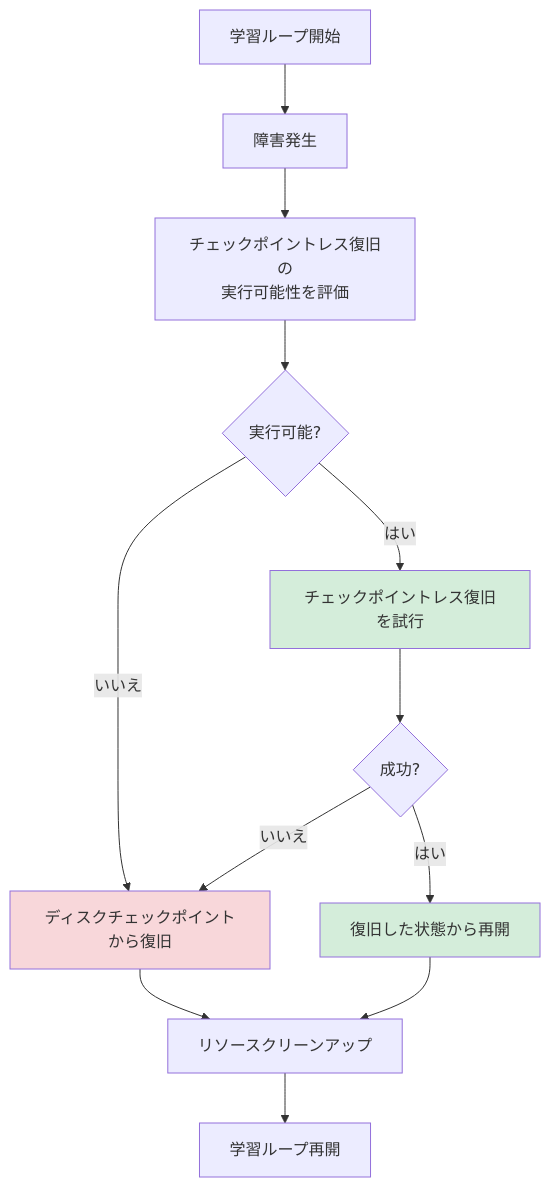
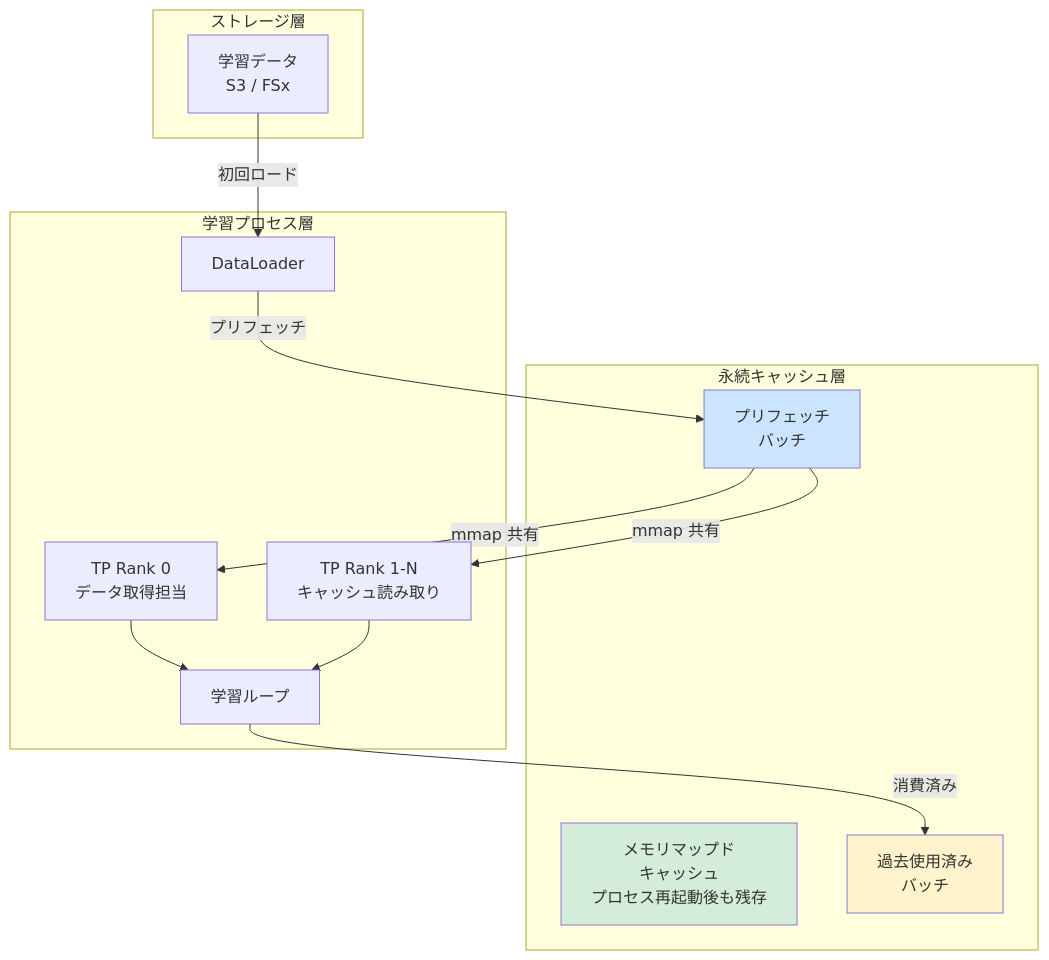
Before and after one commit to littlemex/zenn: the third of 16 diagrams in articles/45a746434b2090.md, drawn with Mermaid. The commit also changed other lines of this file, not shown here.

````diff
--- a/articles/45a746434b2090.md
+++ b/articles/45a746434b2090.md
@@ -387,23 +225,31 @@
 ```mermaid
-graph TD
-    Start[学習ループ開始] --> Fault[障害発生]
-    Fault --> Evaluate[チェックポイントレス復旧の<br/>実行可能性を評価]
+graph TB
+    subgraph "ストレージ層"
+        S3[学習データ<br/>S3 / FSx]
+    end
 
-    Evaluate --> CheckFeasible{実行可能?}
+    subgraph "永続キャッシュ層"
+        Cache[メモリマップド<br/>キャッシュ<br/>プロセス再起動後も残存]
+        PF[プリフェッチ<br/>バッチ]
+        LB[過去使用済み<br/>バッチ]
+    end
 
-    CheckFeasible -->|はい| TryCheckpointless[チェックポイントレス復旧を試行]
-    CheckFeasible -->|いいえ| DiskCheckpoint[ディスクチェックポイントから復旧]
+    subgraph "学習プロセス層"
+        DL[DataLoader]
+        Rank0[TP Rank 0<br/>データ取得担当]
+        Rank1[TP Rank 1-N<br/>キャッシュ読み取り]
+        Train[学習ループ]
+    end
 
-    TryCheckpointless --> CheckSuccess{成功?}
-    CheckSuccess -->|はい| ResumeRecovered[復旧した状態から再開]
-    CheckSuccess -->|いいえ| DiskCheckpoint
+    S3 -->|初回ロード| DL
+    DL -->|プリフェッチ| PF
+    PF -->|mmap 共有| Rank0
+    PF -->|mmap 共有| Rank1
+    Rank0 --> Train
+    Rank1 --> Train
+    Train -->|消費済み| LB
 
-    DiskCheckpoint --> Cleanup[リソースクリーンアップ]
-    ResumeRecovered --> Cleanup
-
-    Cleanup --> Resume[学習ループ再開]
-
-    style TryCheckpointless fill: #d4edda
-    style DiskCheckpoint fill: #f8d7da
-    style ResumeRecovered fill: #d4edda
+    style Cache fill: #d4edda
+    style PF fill: #cce5ff
+    style LB fill: #fff3cd
 ```
````
